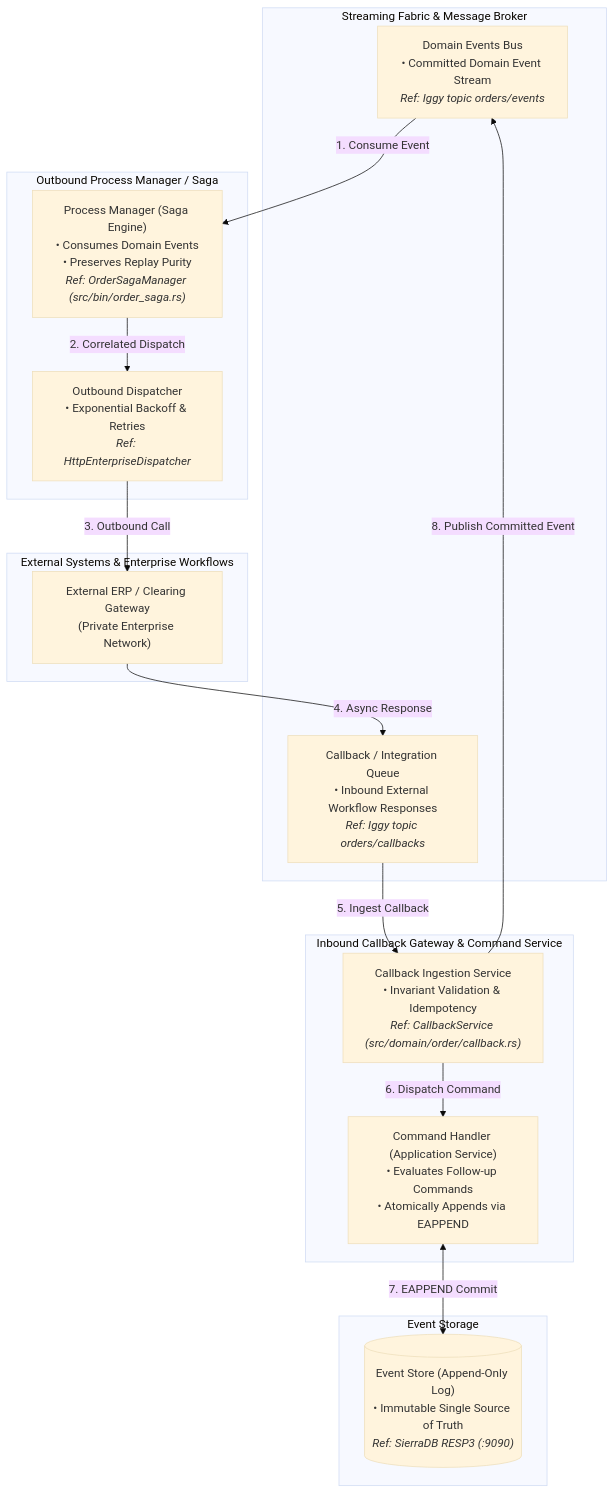
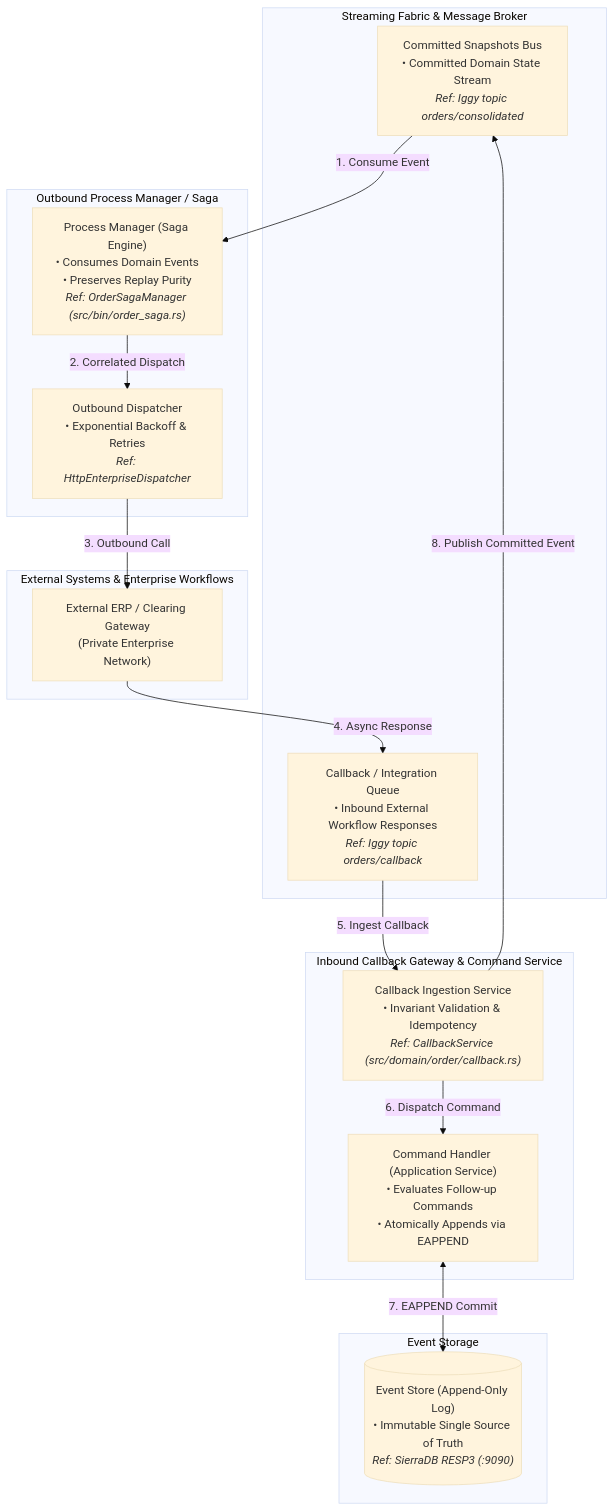
One commit to reidlai/ferrous-cqrses changed the third of 3 diagrams in README.md. Above: the diagram before and after it, drawn with Mermaid (base theme). The commit also changed other lines of this file and 8 other files, not shown here.

Commit message:
feat(callback): add CallbackConsumer for orders/callback and align projection/topics

````diff
--- a/README.md
+++ b/README.md
@@ -191,37 +188,37 @@
 ```mermaid
 flowchart TD
     subgraph Event_Bus ["Streaming Fabric & Message Broker"]
-        DomainEventsBus["Domain Events Bus<br/>• Committed Domain Event Stream<br/><i>Ref: Iggy topic orders/events</i>"]
-        CallbackQueue["Callback / Integration Queue<br/>• Inbound External Workflow Responses<br/><i>Ref: Iggy topic orders/callbacks</i>"]
+        DomainEventsBus["Committed Snapshots Bus<br/>• Committed Domain State Stream<br/><i>Ref: Iggy topic orders/consolidated</i>"]
+        CallbackQueue["Callback / Integration Queue<br/>• Inbound External Workflow Responses<br/><i>Ref: Iggy topic orders/callback</i>"]
     end
 
     subgraph Saga_Tier ["Outbound Process Manager / Saga"]
         ProcessManager["Process Manager (Saga Engine)<br/>• Consumes Domain Events<br/>• Preserves Replay Purity<br/><i>Ref: OrderSagaManager (src/bin/order_saga.rs)</i>"]
         Dispatcher["Outbound Dispatcher<br/>• Exponential Backoff & Retries<br/><i>Ref: HttpEnterpriseDispatcher</i>"]
     end
 
     subgraph External_Systems ["External Systems & Enterprise Workflows"]
         ExternalAPI["External ERP / Clearing Gateway<br/>(Private Enterprise Network)"]
     end
 
     subgraph Callback_Tier ["Inbound Callback Gateway & Command Service"]
         CallbackService["Callback Ingestion Service<br/>• Invariant Validation & Idempotency<br/><i>Ref: CallbackService (src/domain/order/callback.rs)</i>"]
         CmdHandler["Command Handler (Application Service)<br/>• Evaluates Follow-up Commands<br/>• Atomically Appends via EAPPEND"]
     end
 
     subgraph Storage_Tier ["Event Storage"]
         EventStore[("Event Store (Append-Only Log)<br/>• Immutable Single Source of Truth<br/><i>Ref: SierraDB RESP3 (:9090)</i>")]
     end
 
     %% Outbound Flow
     DomainEventsBus -->|"1. Consume Event"| ProcessManager
     ProcessManager -->|"2. Correlated Dispatch"| Dispatcher
     Dispatcher -->|"3. Outbound Call"| ExternalAPI
     ExternalAPI -->|"4. Async Response"| CallbackQueue
 
     %% Inbound Callback Flow
     CallbackQueue -->|"5. Ingest Callback"| CallbackService
     CallbackService -->|"6. Dispatch Command"| CmdHandler
     CmdHandler <-->|"7. EAPPEND Commit"| EventStore
     CallbackService -->|"8. Publish Committed Event"| DomainEventsBus
 ```
````
